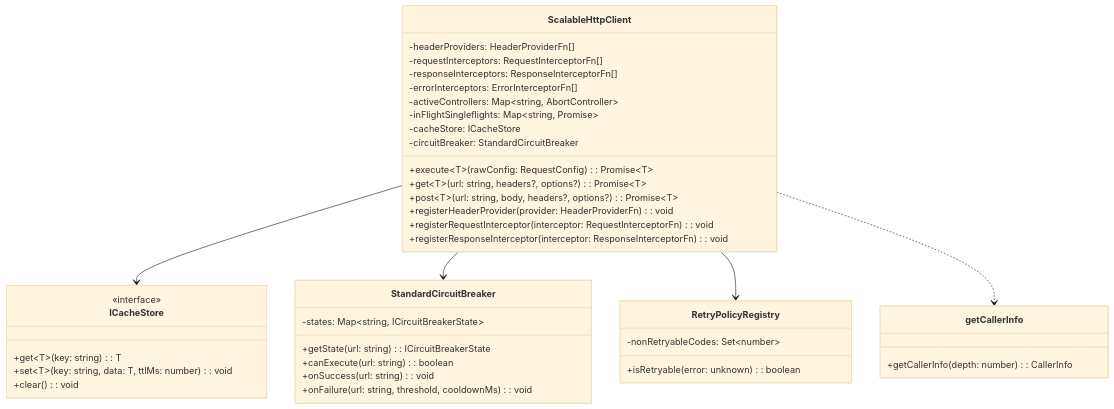
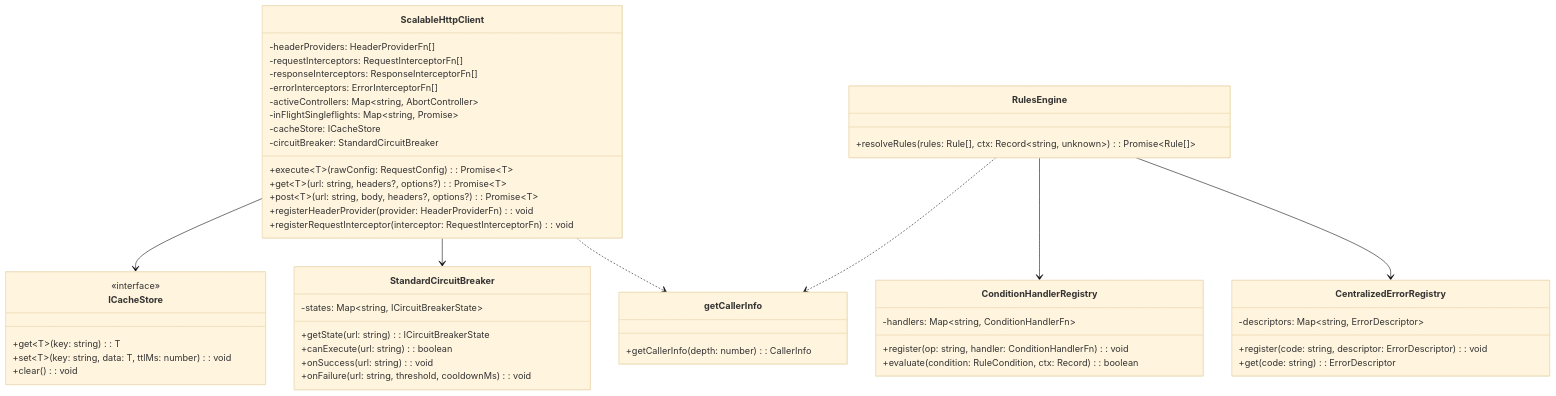
The second of 3 diagrams in packages/node/shared-infra/docs/adr/0001-scalable-resilient-telemetry-http-pipeline.md (Chief-Strategist-J/llm-observability-platform), drawn with Mermaid (base theme) before and after one commit. The commit also changed other lines of this file, not shown here.

````diff
--- a/packages/node/shared-infra/docs/adr/0001-scalable-resilient-telemetry-http-pipeline.md
+++ b/packages/node/shared-infra/docs/adr/0001-scalable-resilient-telemetry-http-pipeline.md
@@ -83,48 +82,60 @@
 ```mermaid
 classDiagram
   class ScalableHttpClient {
     -headerProviders: HeaderProviderFn[]
     -requestInterceptors: RequestInterceptorFn[]
     -responseInterceptors: ResponseInterceptorFn[]
     -errorInterceptors: ErrorInterceptorFn[]
     -activeControllers: Map~string, AbortController~
     -inFlightSingleflights: Map~string, Promise~
     -cacheStore: ICacheStore
     -circuitBreaker: StandardCircuitBreaker
     +execute~T~(rawConfig: RequestConfig): Promise~T~
     +get~T~(url: string, headers?, options?): Promise~T~
     +post~T~(url: string, body, headers?, options?): Promise~T~
     +registerHeaderProvider(provider: HeaderProviderFn): void
     +registerRequestInterceptor(interceptor: RequestInterceptorFn): void
-    +registerResponseInterceptor(interceptor: ResponseInterceptorFn): void
+  }
+
+  class RulesEngine {
+    +resolveRules(rules: Rule[], ctx: Record~string, unknown~): Promise~Rule[]~
+  }
+
+  class ConditionHandlerRegistry {
+    -handlers: Map~string, ConditionHandlerFn~
+    +register(op: string, handler: ConditionHandlerFn): void
+    +evaluate(condition: RuleCondition, ctx: Record): boolean
+  }
+
+  class CentralizedErrorRegistry {
+    -descriptors: Map~string, ErrorDescriptor~
+    +register(code: string, descriptor: ErrorDescriptor): void
+    +get(code: string): ErrorDescriptor
   }
 
   class ICacheStore {
     <<interface>>
     +get~T~(key: string): T
     +set~T~(key: string, data: T, ttlMs: number): void
     +clear(): void
   }
 
   class StandardCircuitBreaker {
     -states: Map~string, ICircuitBreakerState~
     +getState(url: string): ICircuitBreakerState
     +canExecute(url: string): boolean
     +onSuccess(url: string): void
     +onFailure(url: string, threshold, cooldownMs): void
   }
 
-  class RetryPolicyRegistry {
-    -nonRetryableCodes: Set~number~
-    +isRetryable(error: unknown): boolean
-  }
-
   class getCallerInfo {
     +getCallerInfo(depth: number): CallerInfo
   }
 
   ScalableHttpClient --> ICacheStore
   ScalableHttpClient --> StandardCircuitBreaker
-  ScalableHttpClient --> RetryPolicyRegistry
   ScalableHttpClient ..> getCallerInfo
+  RulesEngine --> ConditionHandlerRegistry
+  RulesEngine --> CentralizedErrorRegistry
+  RulesEngine ..> getCallerInfo
 ```
````
